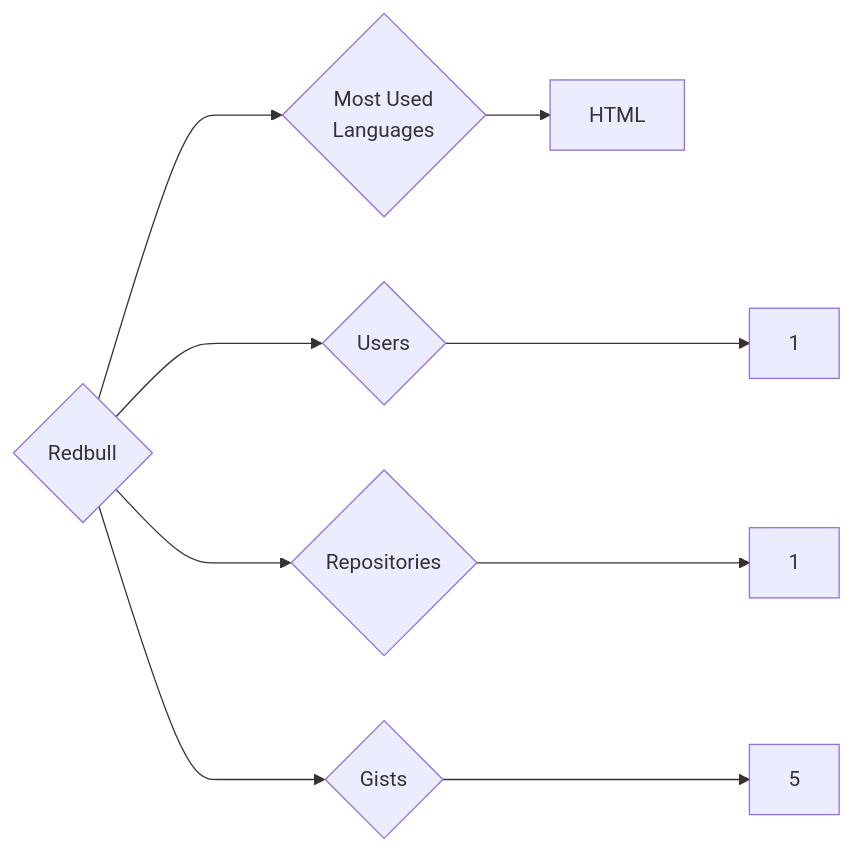
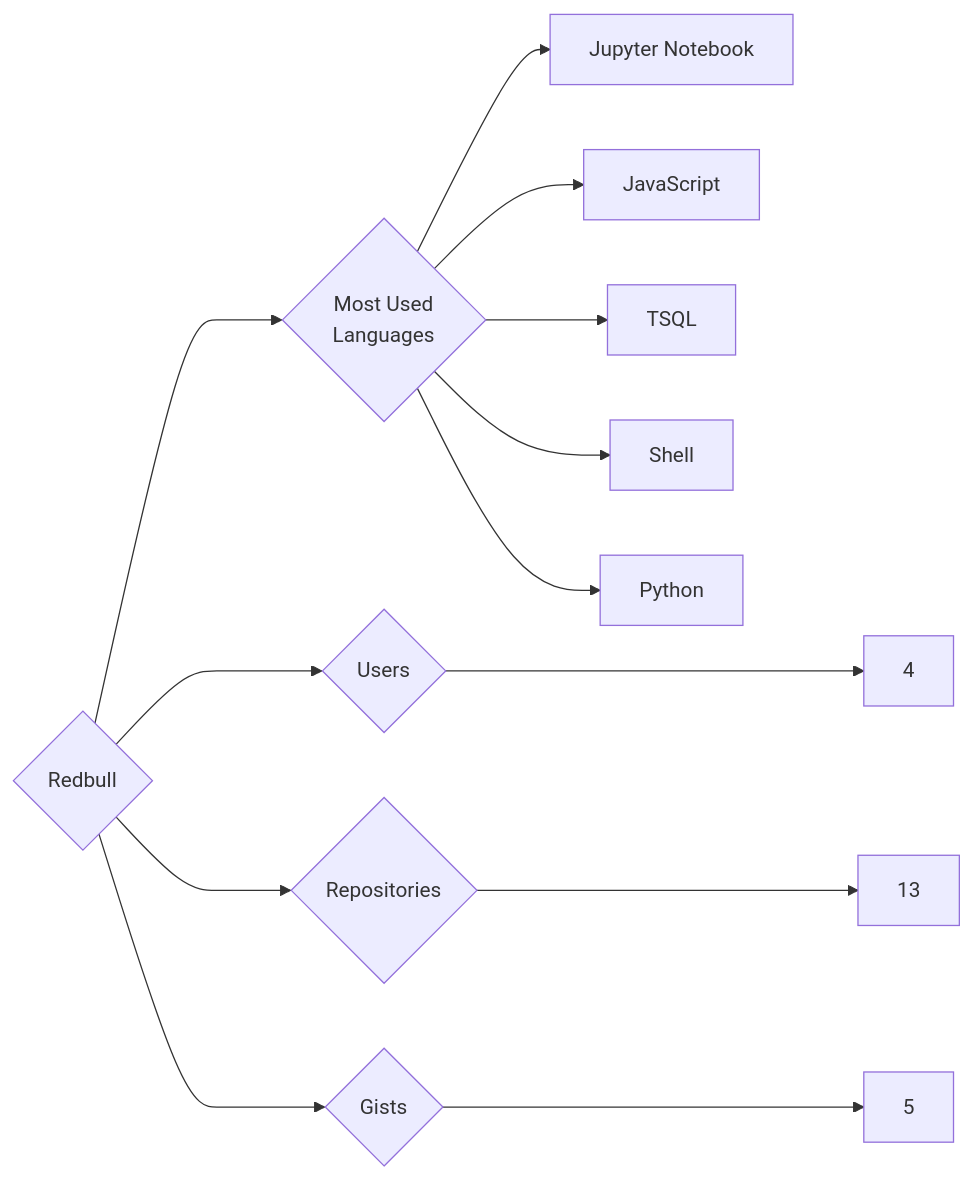
Before and after one commit to trickest/insiders: the diagram in targets/Redbull/README.md, drawn with Mermaid. The commit also changed 878 other files, not shown here.

````diff
--- a/targets/Redbull/README.md
+++ b/targets/Redbull/README.md
@@ -3,9 +3,13 @@
 ```mermaid
 graph LR
 COMPANY_NAME{Redbull}
-COMPANY_NAME ---> U{Users} ---> UN[1]
-COMPANY_NAME ---> R{Repositories} ---> RN[1]
+COMPANY_NAME ---> U{Users} ---> UN[4]
+COMPANY_NAME ---> R{Repositories} ---> RN[13]
 COMPANY_NAME ---> G{Gists} ---> GN[5]
 COMPANY_NAME ---> ML{Most Used<br>Languages}
-ML --> HTML[HTML]
+ML --> Jupyter_Notebook[Jupyter Notebook]
+ML --> JavaScript[JavaScript]
+ML --> TSQL[TSQL]
+ML --> Shell[Shell]
+ML --> Python[Python]
 ```
````
